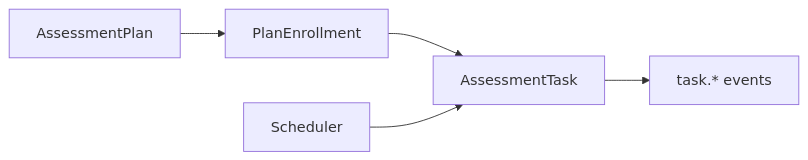
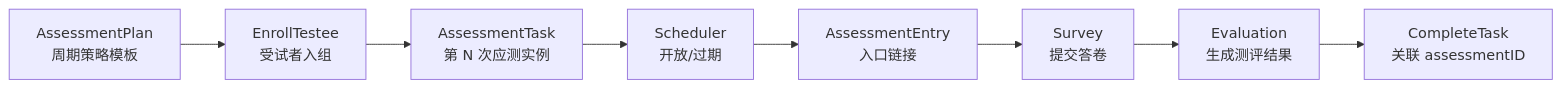
The first of 2 diagrams in docs/02-业务模块/plan/README.md (FangcunMount/qs-server), drawn with Mermaid before and after one commit. The commit also changed other lines of this file and 5 other files, not shown here.

````diff
--- a/docs/02-业务模块/plan/README.md
+++ b/docs/02-业务模块/plan/README.md
@@ -14,10 +191,10 @@
 ```mermaid
 flowchart LR
-    plan["AssessmentPlan"]
-    enroll["PlanEnrollment"]
-    task["AssessmentTask"]
-    scheduler["Scheduler"]
-    event["task.* events"]
-    plan --> enroll --> task
-    scheduler --> task --> event
+    plan["AssessmentPlan<br/>周期策略模板"] --> enroll["EnrollTestee<br/>受试者入组"]
+    enroll --> tasks["AssessmentTask<br/>第 N 次应测实例"]
+    tasks --> scheduler["Scheduler<br/>开放/过期"]
+    scheduler --> entry["AssessmentEntry<br/>入口链接"]
+    entry --> survey["Survey<br/>提交答卷"]
+    survey --> evaluation["Evaluation<br/>生成测评结果"]
+    evaluation --> complete["CompleteTask<br/>关联 assessmentID"]
 ```
````
